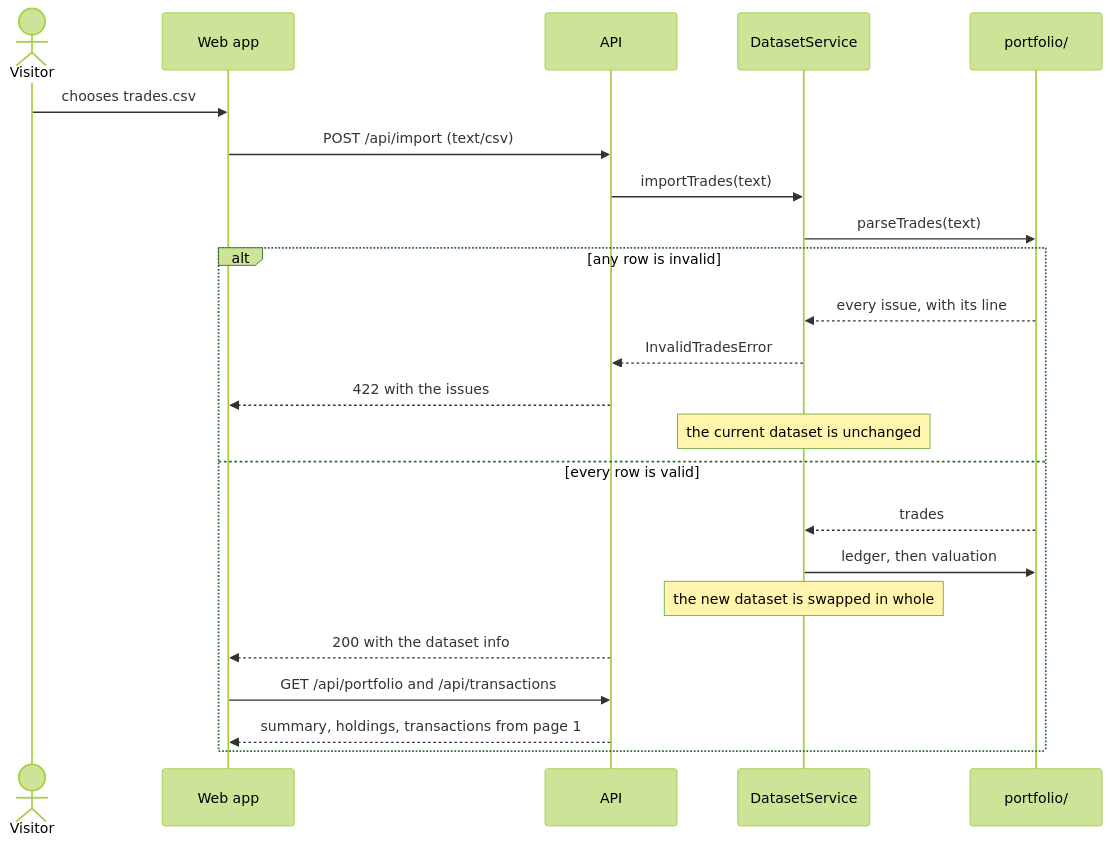
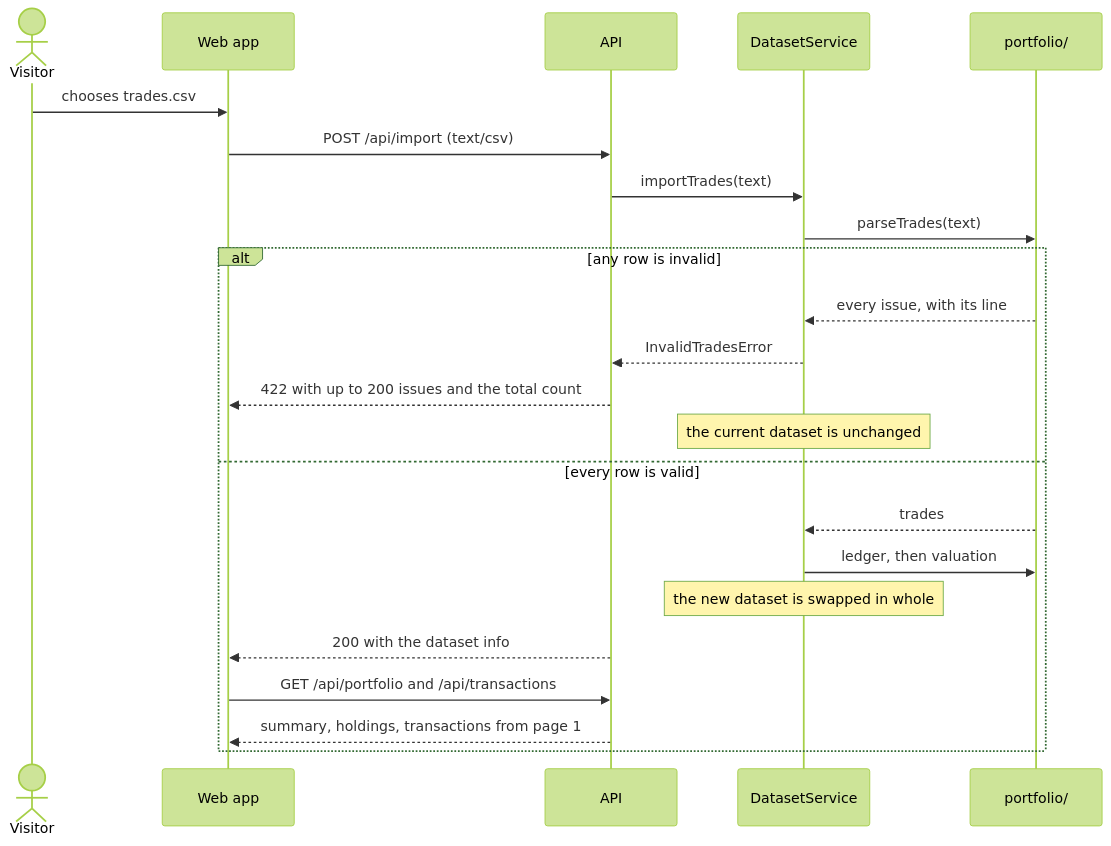
One commit to Delght/assignment changed the diagram in docs/plans/02-api.md. Above: the diagram before and after it, drawn with Mermaid (forest theme). The commit also changed other lines of this file and 33 other files, not shown here.

````diff
--- a/docs/plans/02-api.md
+++ b/docs/plans/02-api.md
@@ -36,26 +35,26 @@
 ```mermaid
 sequenceDiagram
   actor visitor as Visitor
   participant web as Web app
   participant api as API
   participant datasets as DatasetService
   participant domain as portfolio/
 
   visitor->>web: chooses trades.csv
   web->>api: POST /api/import (text/csv)
   api->>datasets: importTrades(text)
   datasets->>domain: parseTrades(text)
   alt any row is invalid
     domain-->>datasets: every issue, with its line
     datasets-->>api: InvalidTradesError
-    api-->>web: 422 with the issues
+    api-->>web: 422 with up to 200 issues and the total count
     Note over datasets: the current dataset is unchanged
   else every row is valid
     domain-->>datasets: trades
     datasets->>domain: ledger, then valuation
     Note over datasets: the new dataset is swapped in whole
     api-->>web: 200 with the dataset info
     web->>api: GET /api/portfolio and /api/transactions
     api-->>web: summary, holdings, transactions from page 1
   end
 ```
````
